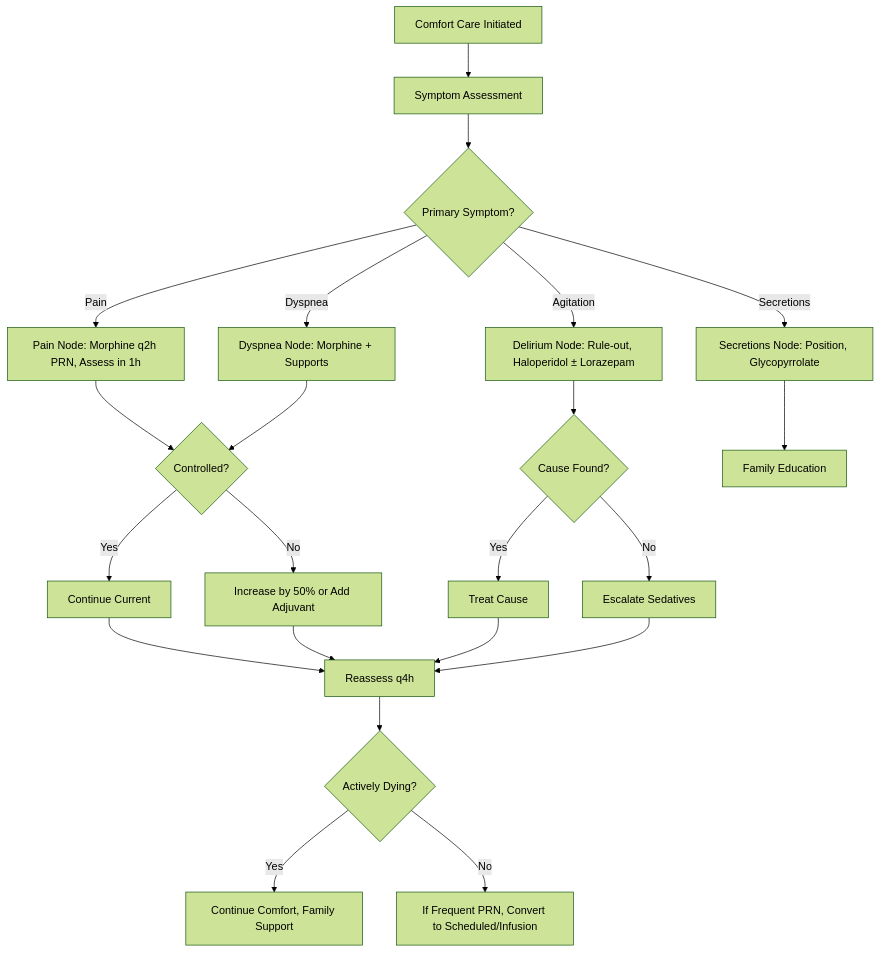
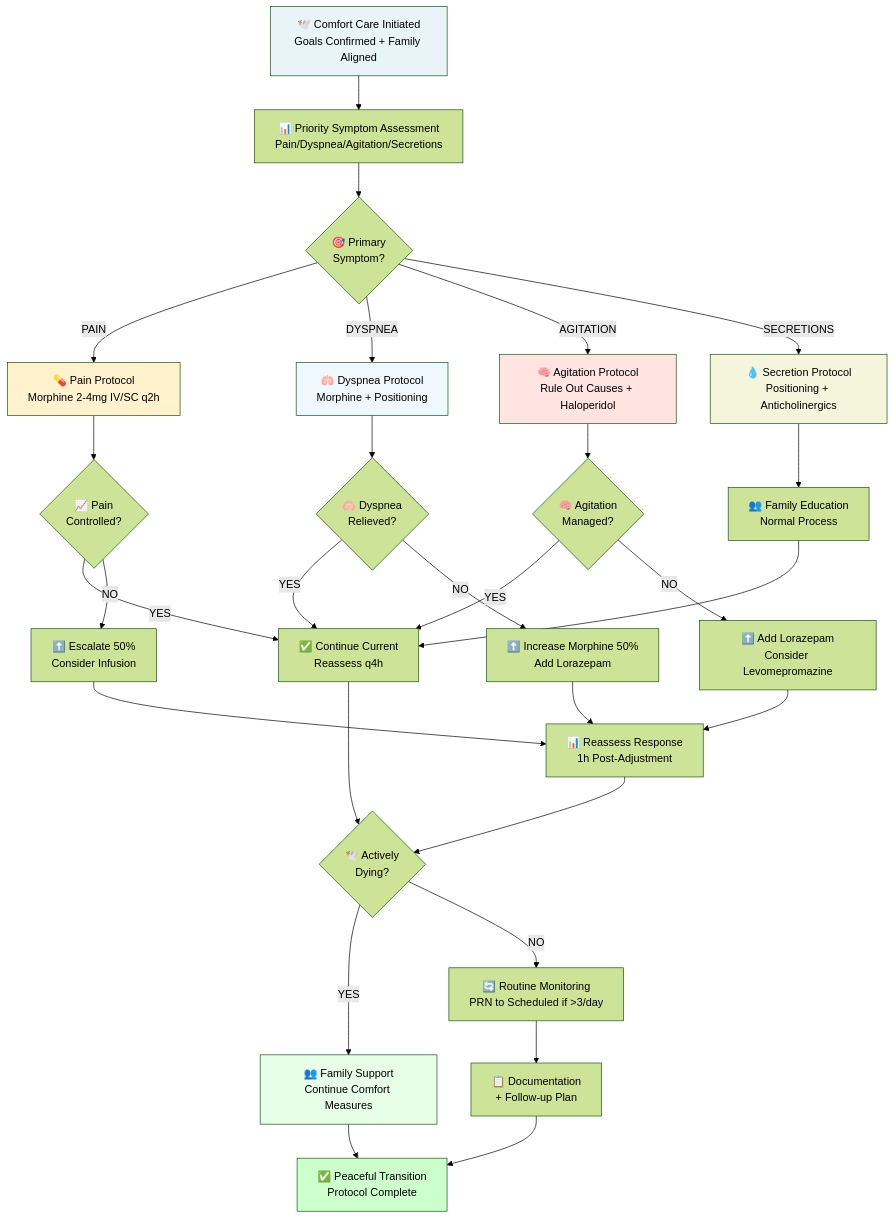
The diagram in Assets/RapidResponseCentralDocumentationVault/Protocols/Calls/Pain & Palliation/EoL.md (bhavenmurji/RapidResponseCentral), drawn with Mermaid (forest theme) before and after one commit. The commit also changed other lines of this file and 6438 other files, not shown here.

```diff
--- a/Assets/RapidResponseCentralDocumentationVault/Protocols/Calls/Pain & Palliation/EoL.md
+++ b/Assets/RapidResponseCentralDocumentationVault/Protocols/Calls/Pain & Palliation/EoL.md
@@ -194,32 +11,47 @@
 ~~~mermaid
 graph TD
-    A[Comfort Care Initiated] --> B[Symptom Assessment]
+    A["🕊️ Comfort Care Initiated<br/>Goals Confirmed + Family Aligned"] --> B["📊 Priority Symptom Assessment<br/>Pain/Dyspnea/Agitation/Secretions"]
 
-    B --> C{Primary Symptom?}
+    B --> C{"🎯 Primary<br/>Symptom?"}
 
-    C -->|Pain| D[Pain Node: Morphine q2h PRN, Assess in 1h]
-    C -->|Dyspnea| E[Dyspnea Node: Morphine + Supports]
-    C -->|Agitation| F[Delirium Node: Rule-out, Haloperidol ± Lorazepam]
-    C -->|Secretions| G[Secretions Node: Position, Glycopyrrolate]
+    C -->|PAIN| D["💊 Pain Protocol<br/>Morphine 2-4mg IV/SC q2h"]
+    C -->|DYSPNEA| E["🫁 Dyspnea Protocol<br/>Morphine + Positioning"]
+    C -->|AGITATION| F["🧠 Agitation Protocol<br/>Rule Out Causes + Haloperidol"]
+    C -->|SECRETIONS| G["💧 Secretion Protocol<br/>Positioning + Anticholinergics"]
 
-    D --> H{Controlled?}
-    E --> H
-    F --> I{Cause Found?}
-    G --> J[Family Education]
+    D --> H{"📈 Pain<br/>Controlled?"}
+    E --> I{"🫁 Dyspnea<br/>Relieved?"}
+    F --> J{"🧠 Agitation<br/>Managed?"}
+    G --> K["👥 Family Education<br/>Normal Process"]
 
-    H -->|Yes| K[Continue Current]
-    H -->|No| L[Increase by 50% or Add Adjuvant]
+    H -->|YES| L["✅ Continue Current<br/>Reassess q4h"]
+    H -->|NO| M["⬆️ Escalate 50%<br/>Consider Infusion"]
+    I -->|YES| L
+    I -->|NO| N["⬆️ Increase Morphine 50%<br/>Add Lorazepam"]
+    J -->|YES| L
+    J -->|NO| O["⬆️ Add Lorazepam<br/>Consider Levomepromazine"]
 
-    I -->|Yes| M[Treat Cause]
-    I -->|No| N[Escalate Sedatives]
+    K --> L
+    M --> P["📊 Reassess Response<br/>1h Post-Adjustment"]
+    N --> P
+    O --> P
 
-    K --> O[Reassess q4h]
-    L --> O
-    M --> O
-    N --> O
+    L --> Q{"🕊️ Actively<br/>Dying?"}
+    P --> Q
 
-    O --> P{Actively Dying?}
+    Q -->|YES| R["👥 Family Support<br/>Continue Comfort Measures"]
+    Q -->|NO| S["🔄 Routine Monitoring<br/>PRN to Scheduled if >3/day"]
 
-    P -->|Yes| Q[Continue Comfort, Family Support]
-    P -->|No| R[If Frequent PRN, Convert to Scheduled/Infusion]
+    R --> T["✅ Peaceful Transition<br/>Protocol Complete"]
+    S --> U["📋 Documentation<br/>+ Follow-up Plan"]
+
+    U --> T
+
+    style A fill:#e8f4f8
+    style D fill:#fff2cc
+    style E fill:#f0f8ff
+    style F fill:#ffe4e1
+    style G fill:#f5f5dc
+    style R fill:#e6ffe6
+    style T fill:#ccffcc
 ~~~
```
